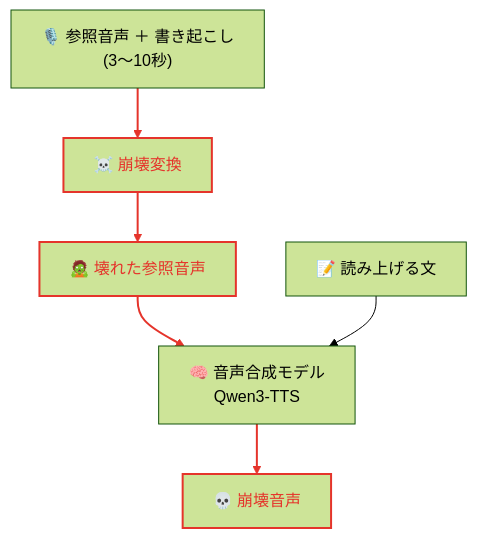
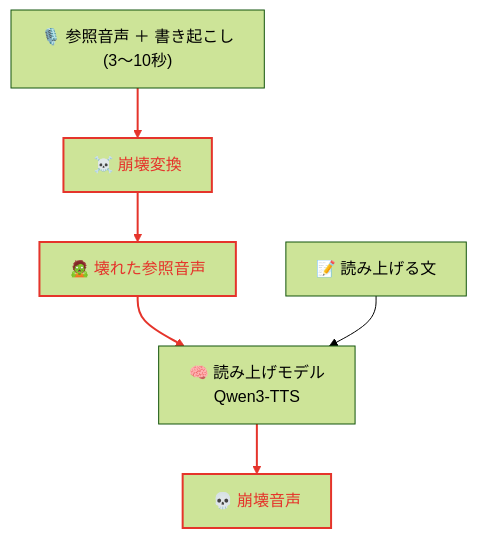
One commit to mossan-hoshi/happy-collapse-maker changed the second of 2 diagrams in README.md. Above: the diagram before and after it, drawn with Mermaid (forest theme). The commit also changed other lines of this file, not shown here.

````diff
--- a/README.md
+++ b/README.md
@@ -39,16 +39,16 @@
 ```mermaid
 %% 縦向きの理由は上の図のコメントを参照。
 flowchart TB
   C1["🎙️ 参照音声 ＋ 書き起こし<br/>(3〜10秒)"] --> CX["☠️ 崩壊変換"]
   CX --> CB["🧟 壊れた参照音声"]
-  CB --> CM["🧠 音声合成モデル<br/>Qwen3-TTS"]
+  CB --> CM["🧠 読み上げモデル<br/>Qwen3-TTS"]
   C2["📝 読み上げる文"] --> CM
   CM --> CO["💀 崩壊音声"]
 
   %% エッジ番号は宣言順の 0 起点。崩壊経路だけを赤にする。
   %% 3 は「読み上げる文 → モデル」で、通常と同じ扱いなので赤にしない。
   %% **塗りつぶさない。**暗背景でも明背景でも読めるよう、枠線と文字色だけを赤にする。
   classDef broken stroke:#e5342b,stroke-width:2px,color:#e5342b
   class CX,CB,CO broken
   linkStyle 0,1,2,4 stroke:#e5342b,stroke-width:2px
 ```
````
